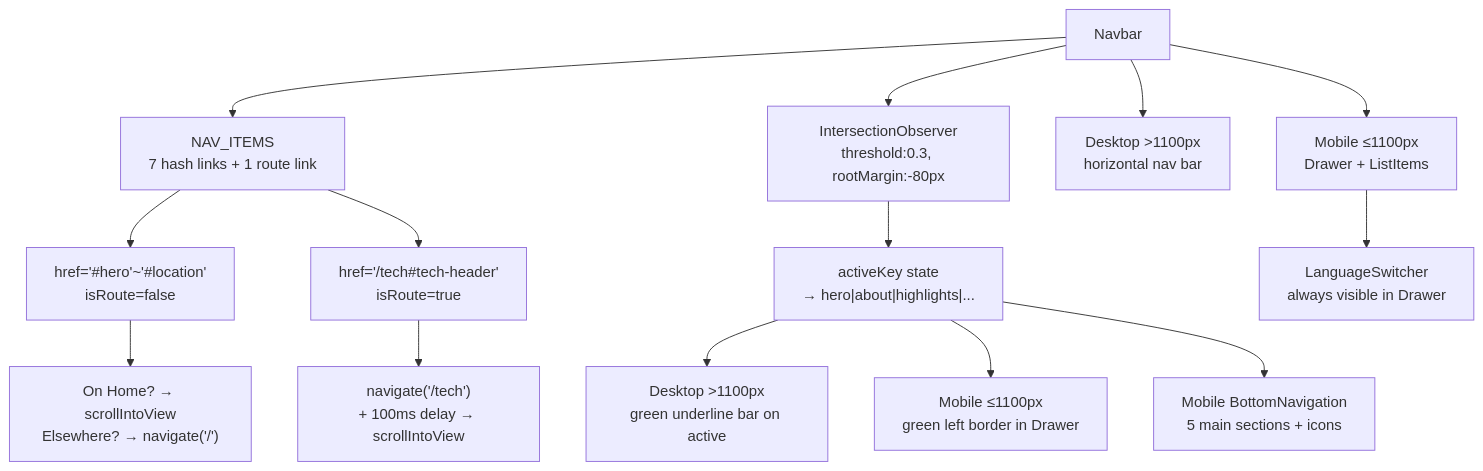
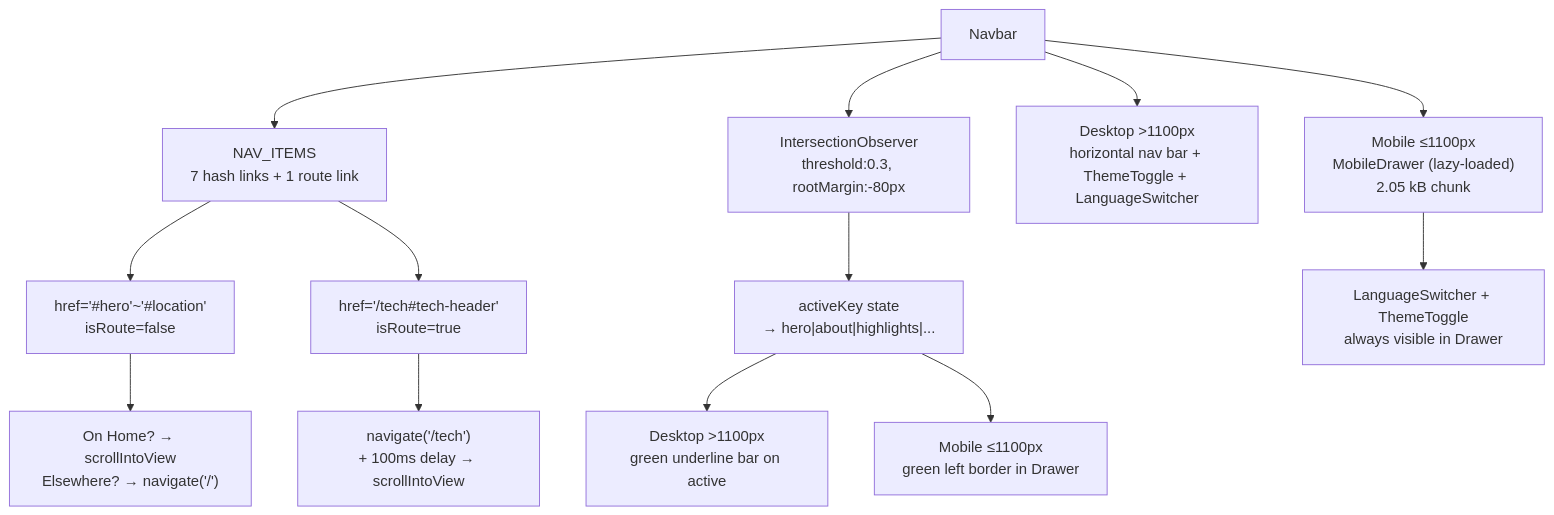
The fourth of 9 diagrams in FLOW.md (SolightzZ/assignment-udonexpo2026), drawn with Mermaid before and after one commit. The commit also changed other lines of this file and 39 other files, not shown here.

````diff
--- a/FLOW.md
+++ b/FLOW.md
@@ -42,16 +47,15 @@
 ```mermaid
 flowchart TD
-    AA["Navbar"] --> AB["NAV_ITEMS<br/>7 hash links + 1 route link"]
-    AB --> AC["href='#hero'~'#location'<br/>isRoute=false"]
-    AB --> AD["href='/tech#tech-header'<br/>isRoute=true"]
-    AC --> AE["On Home? → scrollIntoView<br/>Elsewhere? → navigate('/')"]
-    AD --> AF["navigate('/tech')<br/>+ 100ms delay → scrollIntoView"]
-    AA --> A1["IntersectionObserver<br/>threshold:0.3, rootMargin:-80px"]
-    A1 --> A2["activeKey state<br/>→ hero|about|highlights|..."]
-    A2 --> A3["Desktop >1100px<br/>green underline bar on active"]
-    A2 --> A4["Mobile ≤1100px<br/>green left border in Drawer"]
-    A2 --> A5["Mobile BottomNavigation<br/>5 main sections + icons"]
-    AA --> AG["Desktop >1100px<br/>horizontal nav bar"]
-    AA --> AH["Mobile ≤1100px<br/>Drawer + ListItems"]
-    AH --> AI["LanguageSwitcher<br/>always visible in Drawer"]
+    AE["Navbar"] --> AF["NAV_ITEMS<br/>7 hash links + 1 route link"]
+    AF --> AG["href='#hero'~'#location'<br/>isRoute=false"]
+    AF --> AH["href='/tech#tech-header'<br/>isRoute=true"]
+    AG --> AI["On Home? → scrollIntoView<br/>Elsewhere? → navigate('/')"]
+    AH --> AJ["navigate('/tech')<br/>+ 100ms delay → scrollIntoView"]
+    AE --> AK["IntersectionObserver<br/>threshold:0.3, rootMargin:-80px"]
+    AK --> AL["activeKey state<br/>→ hero|about|highlights|..."]
+    AL --> AM["Desktop >1100px<br/>green underline bar on active"]
+    AL --> AN["Mobile ≤1100px<br/>green left border in Drawer"]
+    AE --> AO["Desktop >1100px<br/>horizontal nav bar + ThemeToggle + LanguageSwitcher"]
+    AE --> AP["Mobile ≤1100px<br/>MobileDrawer (lazy-loaded)<br/>2.05 kB chunk"]
+    AP --> AQ["LanguageSwitcher + ThemeToggle<br/>always visible in Drawer"]
 ```
````
